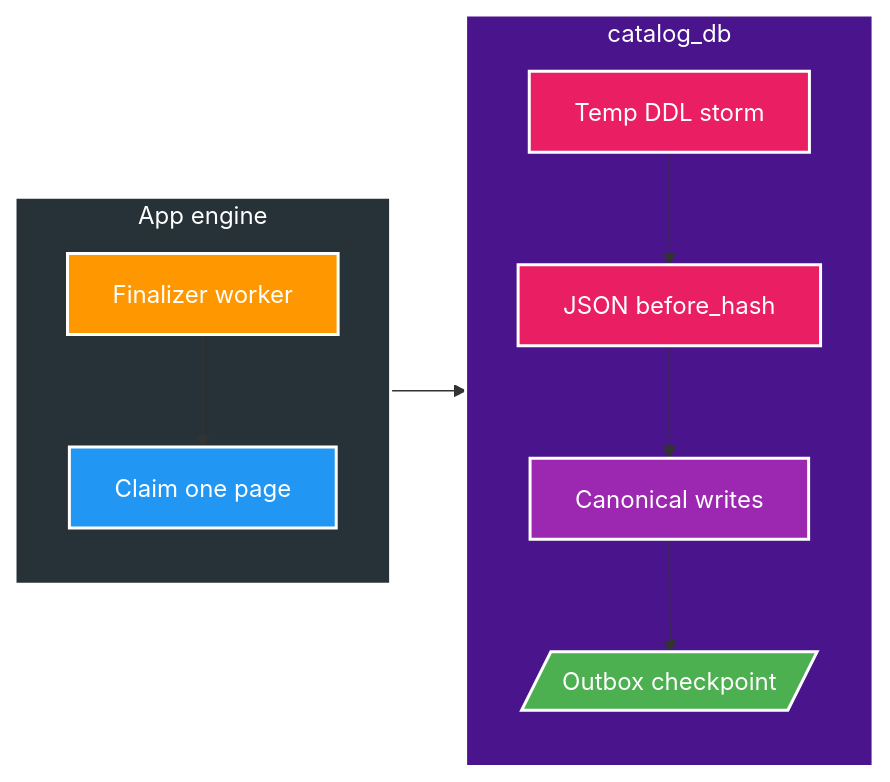
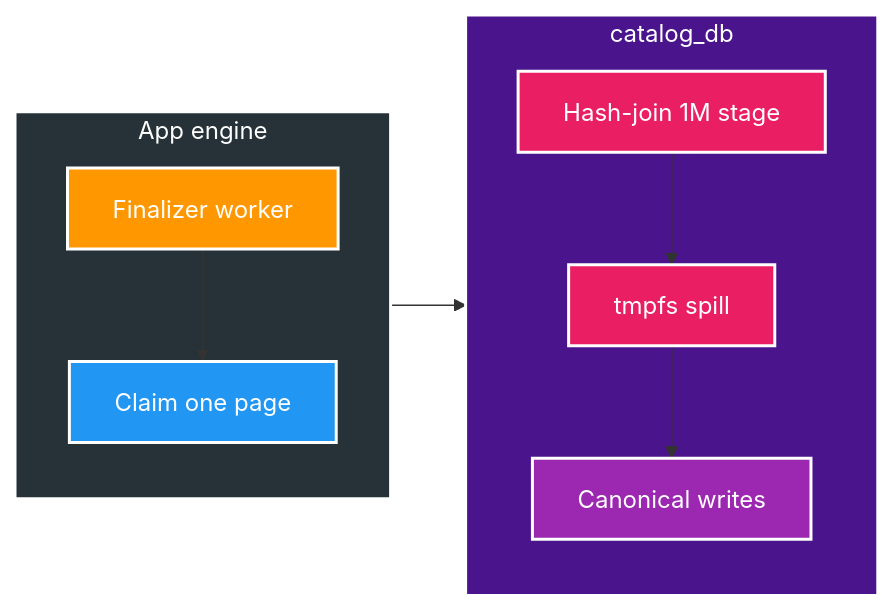
Before and after one commit to HungPhan200591/file-mngt-be-v2: the first of 2 diagrams in docs/features/056-catalog-set-based-cte-merge/02-design.md, drawn with Mermaid. The commit also changed other lines of this file and 11 other files, not shown here.

````diff
--- a/docs/features/056-catalog-set-based-cte-merge/02-design.md
+++ b/docs/features/056-catalog-set-based-cte-merge/02-design.md
@@ -14,22 +14,20 @@
 ```mermaid
 flowchart LR
     subgraph APP["App engine"]
         direction TB
         W["Finalizer worker"] --> CLAIM["Claim one page"]
     end
     subgraph DB["catalog_db"]
         direction TB
-        DDL["Temp DDL storm"] --> HASH["JSON before_hash"]
-        HASH --> MERGE["Canonical writes"]
-        MERGE --> OUT[/"Outbox checkpoint"/]
+        HASH["Hash-join 1M stage"] --> SPILL["tmpfs spill"]
+        SPILL --> MERGE["Canonical writes"]
     end
-    CLAIM --> DDL
+    CLAIM --> HASH
     style APP fill:#263238,stroke:#fff,stroke-width:2px,color:#fff
     style W fill:#FF9800,stroke:#fff,stroke-width:2px,color:#fff
     style CLAIM fill:#2196F3,stroke:#fff,stroke-width:2px,color:#fff
     style DB fill:#4A148C,stroke:#fff,stroke-width:2px,color:#fff
-    style DDL fill:#E91E63,stroke:#fff,stroke-width:2px,color:#fff
     style HASH fill:#E91E63,stroke:#fff,stroke-width:2px,color:#fff
+    style SPILL fill:#E91E63,stroke:#fff,stroke-width:2px,color:#fff
     style MERGE fill:#9C27B0,stroke:#fff,stroke-width:2px,color:#fff
-    style OUT fill:#4CAF50,stroke:#fff,stroke-width:2px,color:#fff
 ```
````
